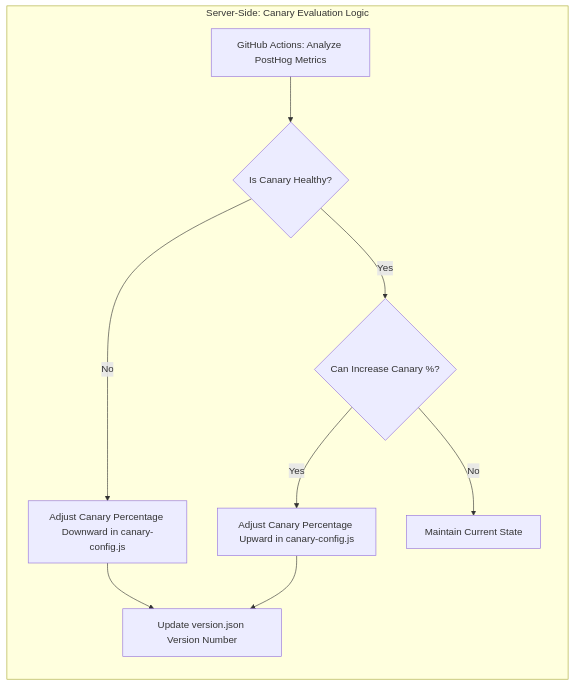
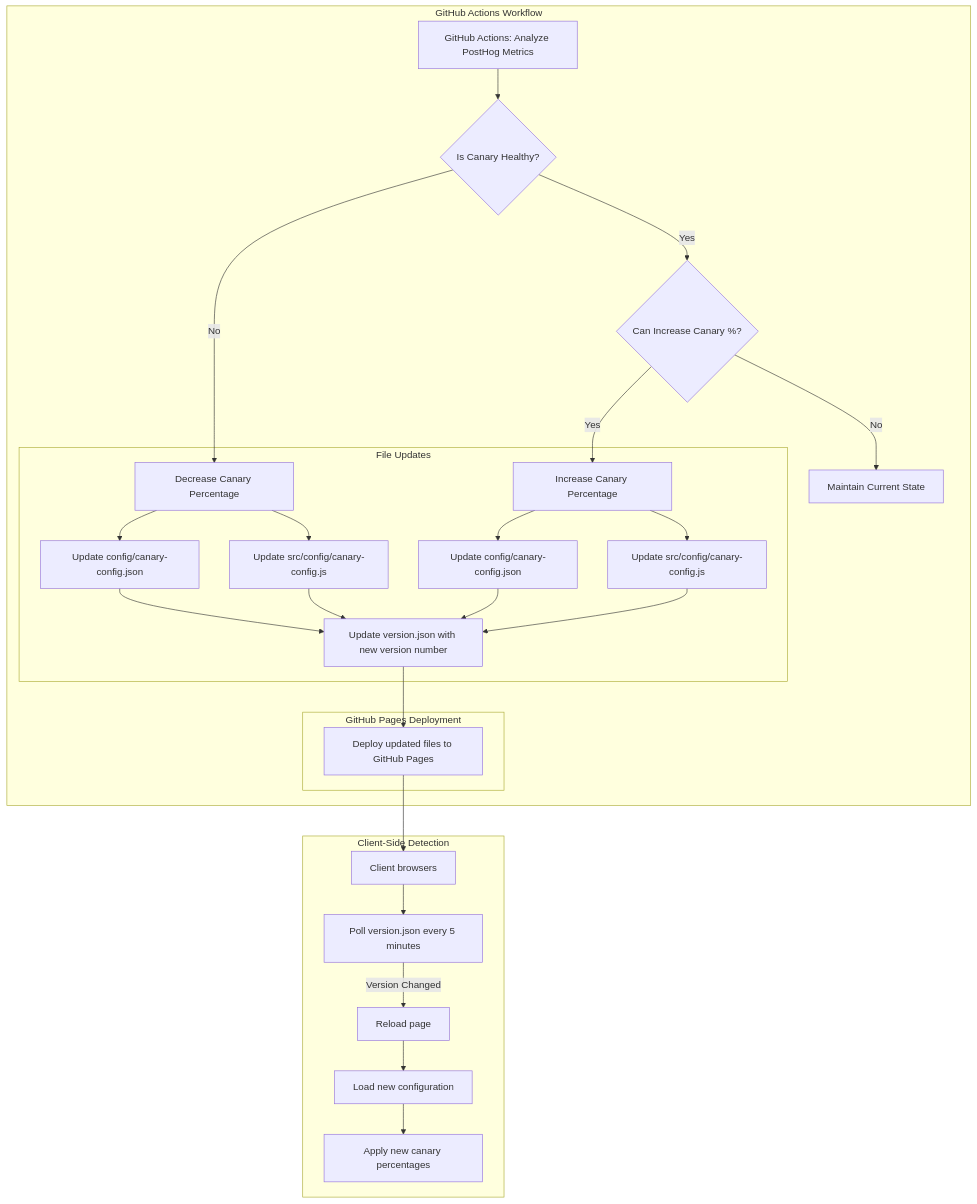
One commit to lloydchang/client-side-canary-deployment changed the second of 4 diagrams in README.md. Above: the diagram before and after it, drawn with Mermaid. The commit also changed 2 other files, not shown here.

````diff
--- a/README.md
+++ b/README.md
@@ -35,13 +35,34 @@
 ```mermaid
-graph LR
-    subgraph Server-Side: Canary Evaluation Logic
+graph TD
+    subgraph "GitHub Actions Workflow"
         L[GitHub Actions: Analyze PostHog Metrics]
         L --> M{Is Canary Healthy?}
-        M -->|No| N[Adjust Canary Percentage Downward in canary-config.js]
+        M -->|No| N[Decrease Canary Percentage]
         M -->|Yes| O{Can Increase Canary %?}
-        O -->|Yes| P[Adjust Canary Percentage Upward in canary-config.js]
+        O -->|Yes| P[Increase Canary Percentage]
         O -->|No| Q[Maintain Current State]
-        N --> R[Update version.json Version Number]
-        P --> R
+        
+        subgraph "File Updates"
+            N --> N1[Update config/canary-config.json]
+            N --> N2[Update src/config/canary-config.js]
+            P --> P1[Update config/canary-config.json] 
+            P --> P2[Update src/config/canary-config.js]
+            N1 --> V[Update version.json with new version number]
+            P1 --> V
+            N2 --> V
+            P2 --> V
+        end
+        
+        subgraph "GitHub Pages Deployment"
+            V --> G[Deploy updated files to GitHub Pages]
+        end
+    end
+
+    subgraph "Client-Side Detection"
+        G --> CL[Client browsers]
+        CL --> CL1[Poll version.json every 5 minutes]
+        CL1 -->|Version Changed| CL2[Reload page]
+        CL2 --> CL3[Load new configuration]
+        CL3 --> CL4[Apply new canary percentages]
     end
 ```
````
